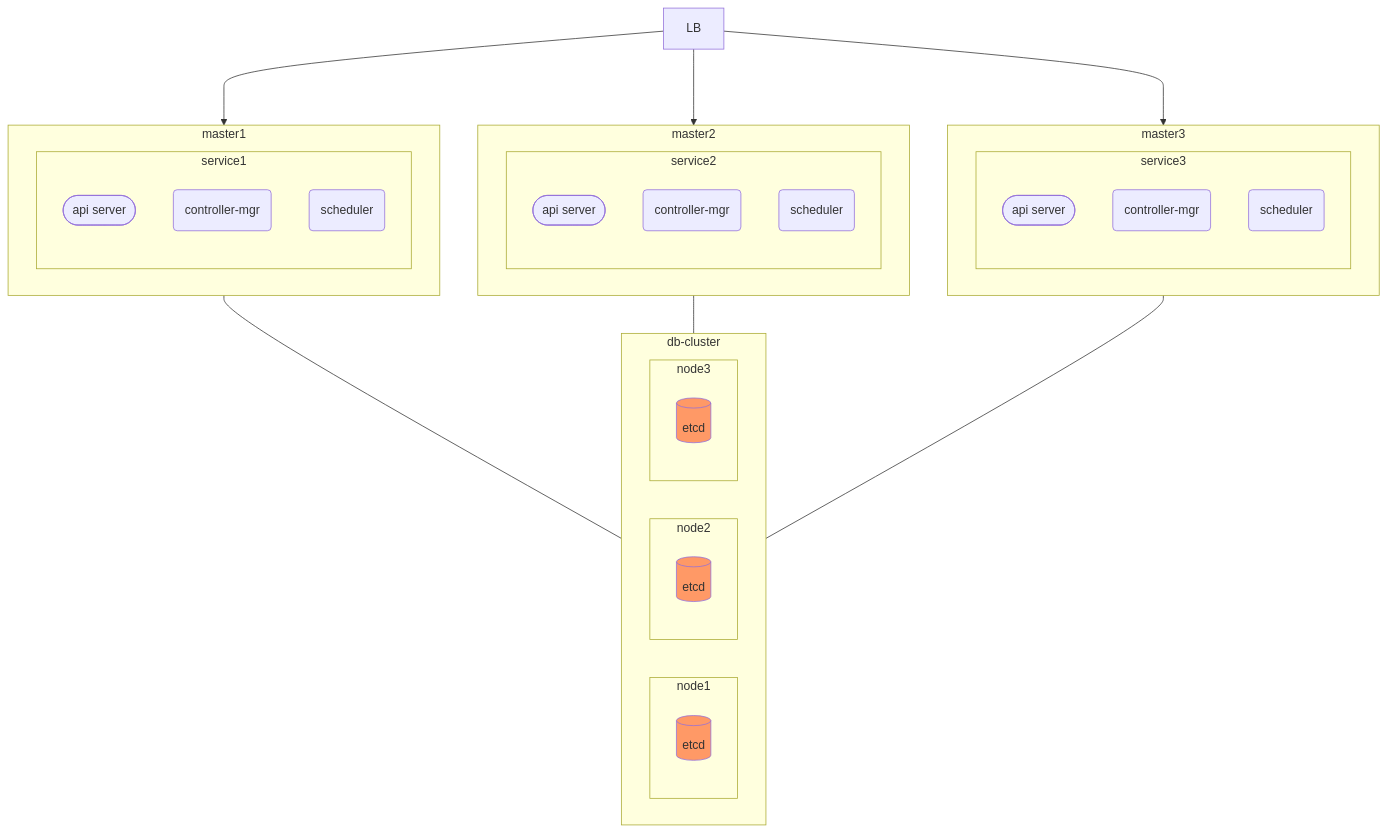
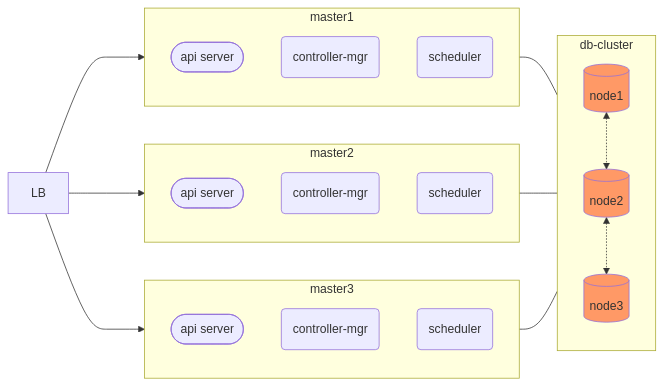
One commit to will-mei/sreplus.net changed the fourth of 4 diagrams in content/04_Kubernetes/03_ha_deployment/01_ha_design.md. Above: the diagram before and after it, drawn with Mermaid. The commit also changed other lines of this file, not shown here.

Commit message:
update k8s ha design mermaid graph

````diff
--- a/content/04_Kubernetes/03_ha_deployment/01_ha_design.md
+++ b/content/04_Kubernetes/03_ha_deployment/01_ha_design.md
@@ -114,38 +114,28 @@
 ```mermaid
-flowchart TD
+flowchart LR
     subgraph master1
-        subgraph service1
-            a1([api server])
-            c1(controller-mgr)
-            s1(scheduler)
-        end
+        a1([api server])
+        c1(controller-mgr)
+        s1(scheduler)
     end
     subgraph master2
-        subgraph service2
-            a2([api server])
-            c2(controller-mgr)
-            s2(scheduler)
-        end
+        a2([api server])
+        c2(controller-mgr)
+        s2(scheduler)
     end
     subgraph master3
-        subgraph service3
-            a3([api server])
-            c3(controller-mgr)
-            s3(scheduler)
-        end
+        a3([api server])
+        c3(controller-mgr)
+        s3(scheduler)
     end
     LB ---> master1 & master2 & master3
     subgraph db-cluster
-        subgraph node1
-        	d1[(etcd)]:::dbclass
-        end
-        subgraph node2
-        	d2[(etcd)]:::dbclass
-        end
-        subgraph node3
-            d3[(etcd)]:::dbclass
-        end
+        	d1[(node1)]:::dbclass
+        	d2[(node2)]:::dbclass
+            d3[(node3)]:::dbclass
+        d1 <-.-> d2
+        d2 <-.-> d3
     end
     master1 & master2 & master3 --- db-cluster
     classDef dbclass fill:#f96;
 ```
````
